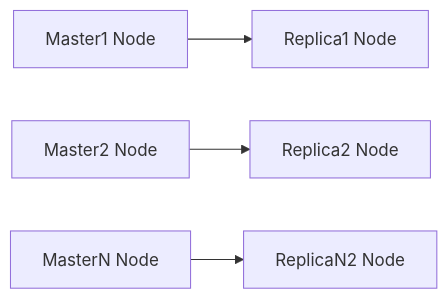
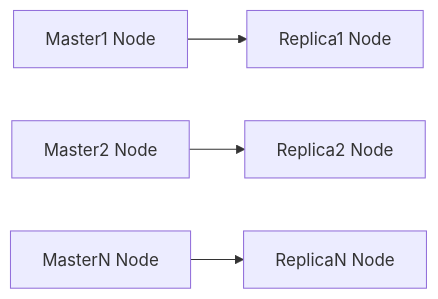
One commit to QubitSecurity/howto changed the diagram in rocky9/app/mysql/ansible_install/readme.md. Above: the diagram before and after it, drawn with Mermaid.

````diff
--- a/rocky9/app/mysql/ansible_install/readme.md
+++ b/rocky9/app/mysql/ansible_install/readme.md
@@ -31,16 +31,16 @@
 ```mermaid
 graph LR
         Master1[Master1 Node]
         Replica1[Replica1 Node]
 
         Master2[Master2 Node]
         Replica2[Replica2 Node]
 
         MasterN[MasterN Node]
-        ReplicaN[ReplicaN2 Node]
+        ReplicaN[ReplicaN Node]
 
     Master1 --> Replica1
     Master2 --> Replica2
     MasterN --> ReplicaN
 
 ```
````
